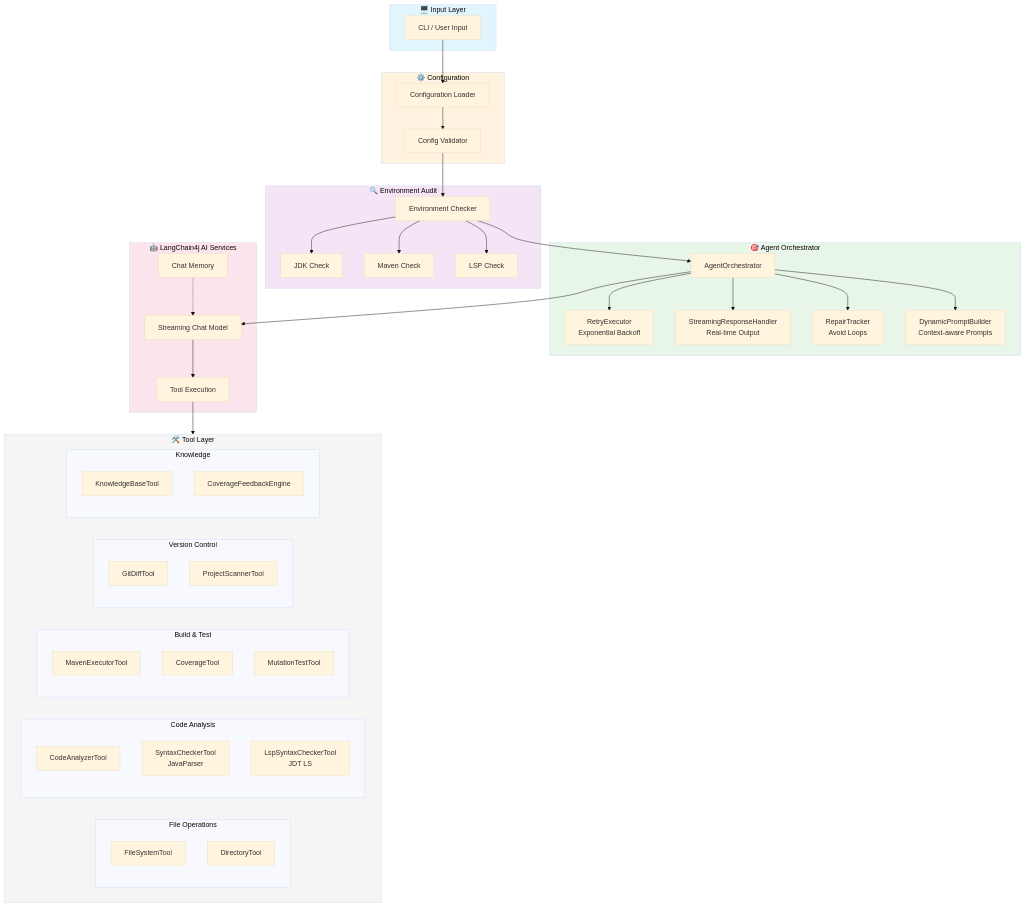
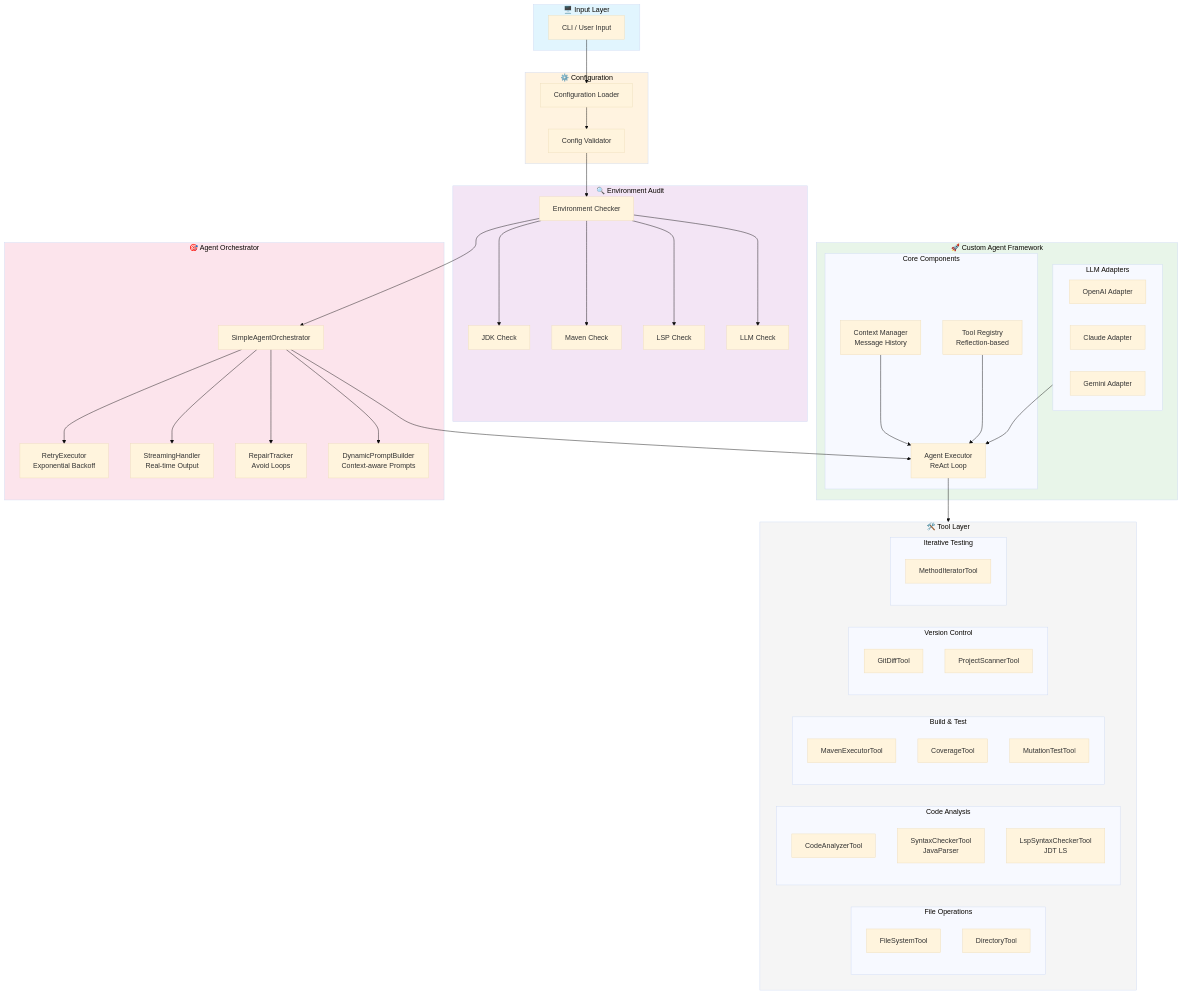
Before and after one commit to codelogickeep/unit-test-agent-4j: the diagram in README.md, drawn with Mermaid (base theme). The commit also changed other lines of this file and 2 other files, not shown here.

First line of the commit message:
chore: 升级至 v1.1.0，移除 LangChain4j 依赖

````diff
--- a/README.md
+++ b/README.md
@@ -666,22 +705,33 @@
         JDK[JDK Check]
         MVN[Maven Check]
         LSP[LSP Check]
-        EA --> JDK & MVN & LSP
+        LLM[LLM Check]
+        EA --> JDK & MVN & LSP & LLM
+    end
+
+    subgraph Framework["🚀 Custom Agent Framework"]
+        subgraph Adapters["LLM Adapters"]
+            OAI[OpenAI Adapter]
+            CLA[Claude Adapter]
+            GEM[Gemini Adapter]
+        end
+        subgraph Core["Core Components"]
+            CTX[Context Manager<br/>Message History]
+            REG[Tool Registry<br/>Reflection-based]
+            EXE[Agent Executor<br/>ReAct Loop]
+        end
+        Adapters --> EXE
+        CTX --> EXE
+        REG --> EXE
     end
 
     subgraph Orchestrator["🎯 Agent Orchestrator"]
-        AO[AgentOrchestrator]
+        SAO[SimpleAgentOrchestrator]
         RE[RetryExecutor<br/>Exponential Backoff]
-        SRH[StreamingResponseHandler<br/>Real-time Output]
+        SH[StreamingHandler<br/>Real-time Output]
         RT[RepairTracker<br/>Avoid Loops]
         DPB[DynamicPromptBuilder<br/>Context-aware Prompts]
-        AO --> RE & SRH & RT & DPB
-    end
-
-    subgraph AI["🤖 LangChain4j AI Services"]
-        SCM[Streaming Chat Model]
-        TE[Tool Execution]
-        MEM[Chat Memory]
+        SAO --> RE & SH & RT & DPB
     end
 
     subgraph Tools["🛠️ Tool Layer"]
@@ -703,24 +753,21 @@
             GIT[GitDiffTool]
             PS[ProjectScannerTool]
         end
-        subgraph KBTools["Knowledge"]
-            KB[KnowledgeBaseTool]
-            CFE[CoverageFeedbackEngine]
+        subgraph IterTools["Iterative Testing"]
+            MIT[MethodIteratorTool]
         end
     end
 
     CLI --> CL
     CV --> EA
-    EA --> AO
-    AO --> SCM
-    SCM --> TE
-    TE --> Tools
-    MEM -.-> SCM
+    EA --> SAO
+    SAO --> EXE
+    EXE --> Tools
 
     style Input fill:#e1f5fe
     style Config fill:#fff3e0
     style Audit fill:#f3e5f5
-    style Orchestrator fill:#e8f5e9
-    style AI fill:#fce4ec
+    style Framework fill:#e8f5e9
+    style Orchestrator fill:#fce4ec
     style Tools fill:#f5f5f5
 ```
````
